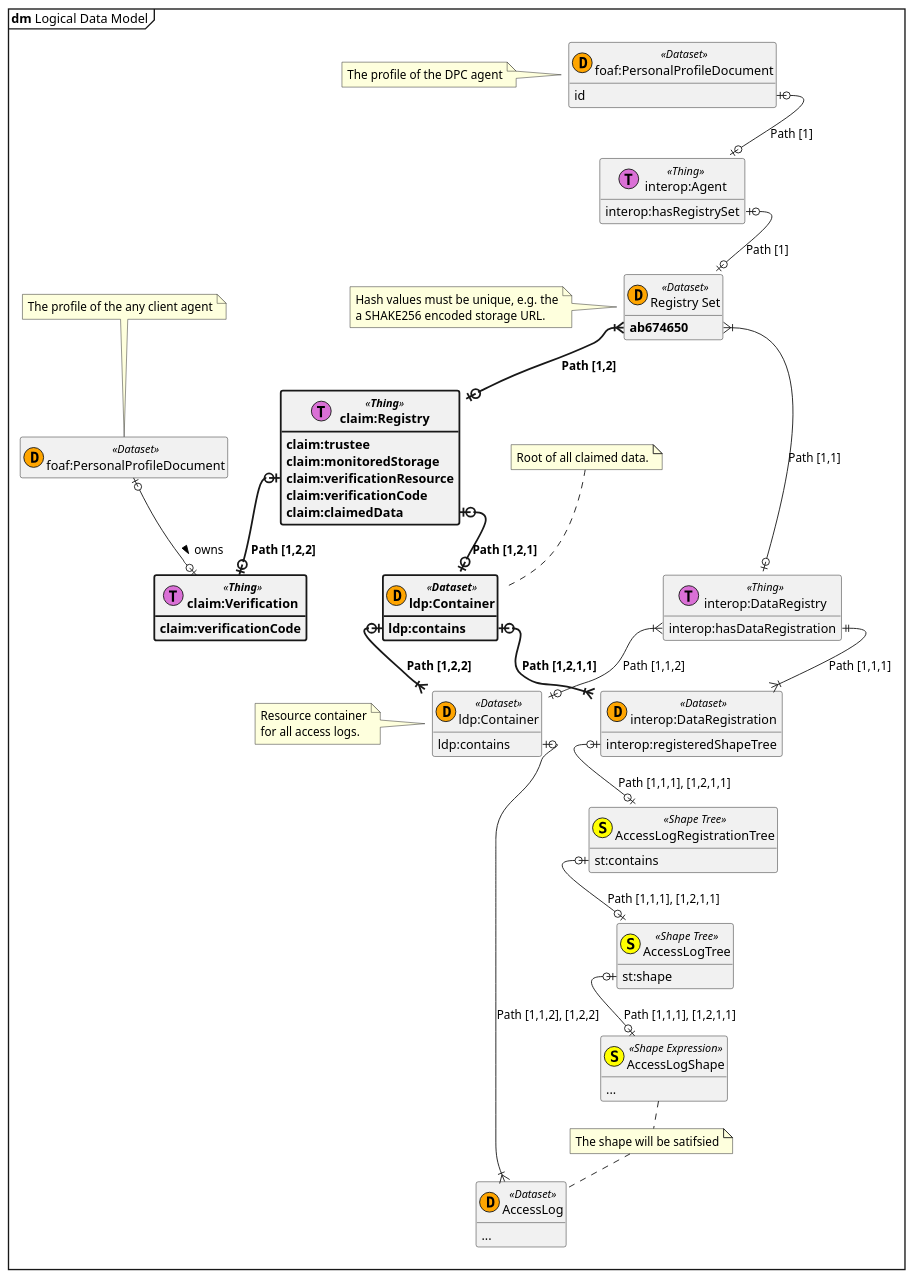
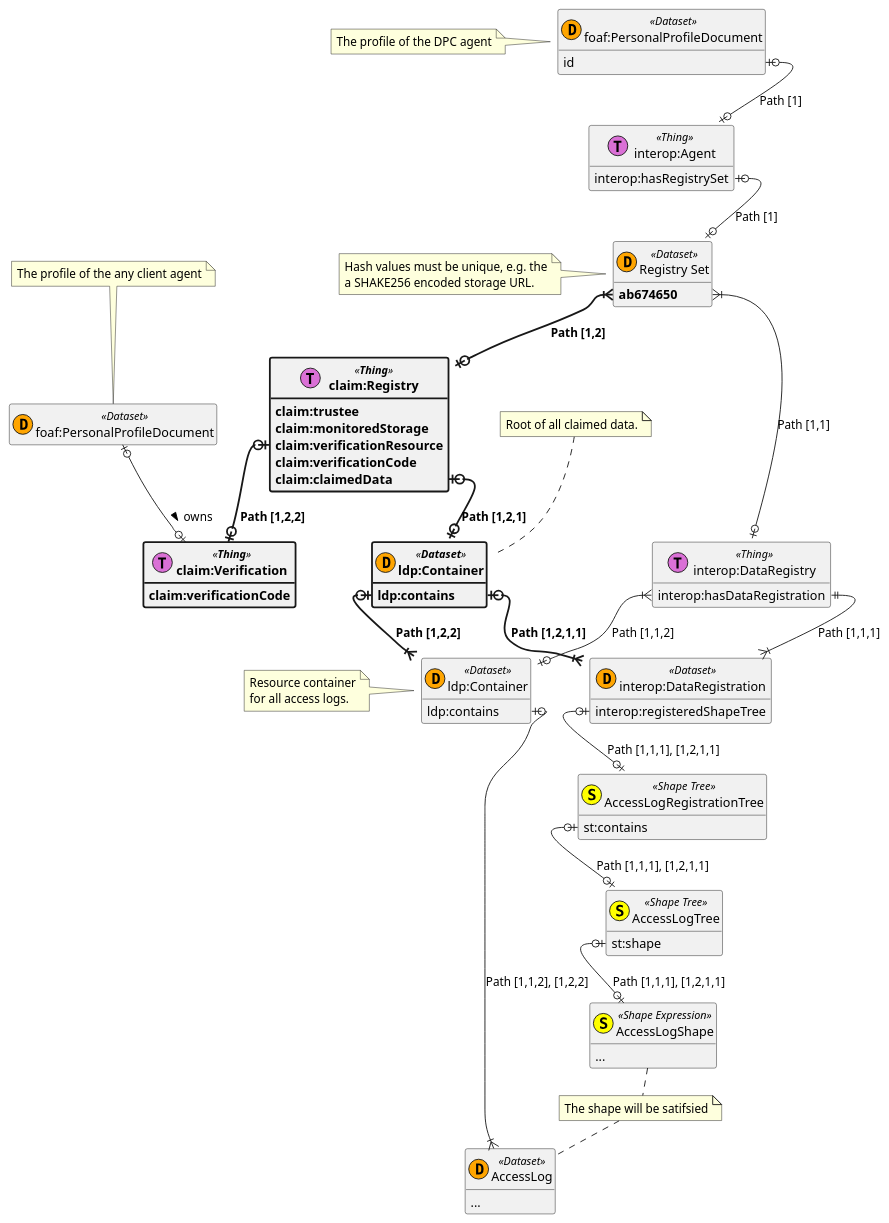
Before and after one commit to guddii/SEACT: the diagram in docs/resources/diagrams/dm_Logical_model.puml, drawn with PlantUML. The commit also changed 29 other files, not shown here.

```diff
--- a/docs/resources/diagrams/dm_Logical_model.puml
+++ b/docs/resources/diagrams/dm_Logical_model.puml
@@ -1,79 +1,77 @@
 @startuml
 top to bottom direction
 hide empty members
 skinparam nodesep 50
 skinparam ranksep 30
-
-mainframe **dm** Logical Data Model
 
 entity  "foaf:PersonalProfileDocument" as WebID_Client << (D,orange) Dataset >> {
 }
 note top: The profile of the any client agent
 entity "**claim:Verification**" as Verification << (T,orchid) **Thing** >> #line.bold  {
     **claim:verificationCode**
 }
 entity "foaf:PersonalProfileDocument" as WebID_DPC << (D,orange) Dataset >> {
     id
 }
 note left: The profile of the DPC agent
 entity "interop:Agent" as SocialAgent << (T,orchid) Thing >> {
     interop:hasRegistrySet
 }
 entity "Registry Set" as RegistrySet << (D,orange) Dataset >> {
     **ab674650**
 }
 note left: Hash values must be unique, e.g. the\na SHAKE256 encoded storage URL.
 entity "interop:DataRegistry" as DataRegistry << (T,orchid) Thing >> {
     interop:hasDataRegistration
 }
 entity "**claim:Registry**" as ClaimRegistry << (T,orchid) **Thing** >> #line.bold {
     **claim:trustee**
     **claim:monitoredStorage**
     **claim:verificationResource**
     **claim:verificationCode**
     **claim:claimedData**
 }
 entity "**ldp:Container**" as Container1 << (D,orange) **Dataset** >> #line.bold {
    **ldp:contains**
 }
 note top: Root of all claimed data.
 entity "interop:DataRegistration" as DataRegistration << (D,orange) Dataset >> {
     interop:registeredShapeTree
 }
 entity "ldp:Container" as Container2 << (D,orange) Dataset >> {
     ldp:contains
 }
 note left: Resource container\nfor all access logs.
 entity "AccessLog" as AccessLog << (D,orange) Dataset >>{
     ...
 }
 entity "AccessLogRegistrationTree" as AccessLogRegistrationTree << (S,yellow) Shape Tree >> {
     st:contains
 }
 entity "AccessLogTree" as AccessLogTree << (S,yellow) Shape Tree >> {
     st:shape
 }
 entity "AccessLogShape" as AccessLogShape << (S,yellow) Shape Expression >> {
     ...
 }
 
 WebID_Client                            |o--o|          Verification                : > owns
 WebID_DPC::id                           |o--o|          SocialAgent                 : Path [1]
 SocialAgent::hasRegistrySet             |o--o|          RegistrySet                 : Path [1]
 RegistrySet::ab674650                   }|--o|          DataRegistry                : Path [1,1]
 DataRegistry::hasDataRegistration       ||--|{          DataRegistration            : Path [1,1,1]
 DataRegistration::registeredShapeTree   |o--o|          AccessLogRegistrationTree   : Path [1,1,1], [1,2,1,1]
 AccessLogRegistrationTree::contains     |o--o|          AccessLogTree               : Path [1,1,1], [1,2,1,1]
 AccessLogTree::shape                    |o--o|          AccessLogShape              : Path [1,1,1], [1,2,1,1]
 DataRegistry::hasDataRegistration       }|--o|          Container2                  : Path [1,1,2]
 Container2::contains                    |o--|{          AccessLog                   : Path [1,1,2], [1,2,2]
 RegistrySet::ab674650                   }|-[bold]-o|    ClaimRegistry               : **Path [1,2]**
 ClaimRegistry::claimedData              |o-[bold]-o|    Container1                  : **Path [1,2,1]**
 Container1::contains                    |o-[bold]-|{    DataRegistration            : **Path [1,2,1,1]**
 Container1::contains                    |o-[bold]-|{    Container2                  : **Path [1,2,2]**
 ClaimRegistry::verificationResource     |o-[bold]-o|    Verification                : **Path [1,2,2]**
 
 note "The shape will be satifsied" as Note
 AccessLogShape .. Note
 Note .. AccessLog
 @enduml
```
